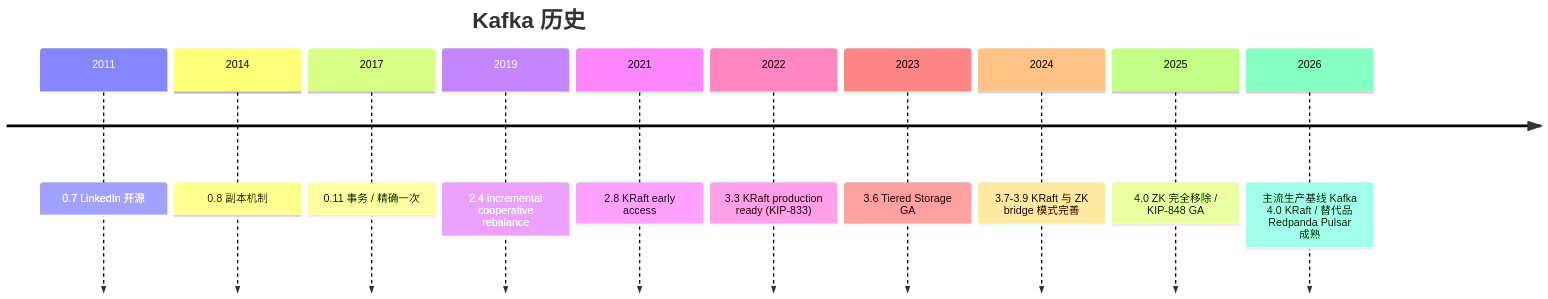
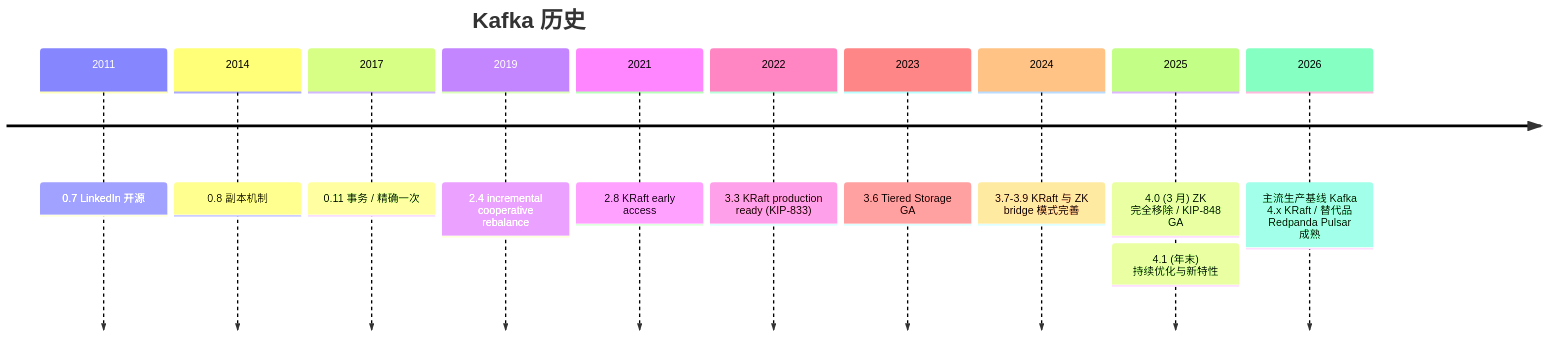
The eighth of 9 diagrams in kafka/ROADMAP.md (Kirby980/backend-handbook), drawn with Mermaid before and after one commit. The commit also changed 26 other files, not shown here.

````diff
--- a/kafka/ROADMAP.md
+++ b/kafka/ROADMAP.md
@@ -198,14 +198,15 @@
 ```mermaid
 timeline
     title Kafka 历史
     2011 : 0.7 LinkedIn 开源
     2014 : 0.8 副本机制
     2017 : 0.11 事务 / 精确一次
     2019 : 2.4 incremental cooperative rebalance
     2021 : 2.8 KRaft early access
     2022 : 3.3 KRaft production ready (KIP-833)
     2023 : 3.6 Tiered Storage GA
     2024 : 3.7-3.9 KRaft 与 ZK bridge 模式完善
-    2025 : 4.0 ZK 完全移除 / KIP-848 GA
-    2026 : 主流生产基线 Kafka 4.0 KRaft / 替代品 Redpanda Pulsar 成熟
+    2025 : 4.0 (3 月) ZK 完全移除 / KIP-848 GA
+         : 4.1 (年末) 持续优化与新特性
+    2026 : 主流生产基线 Kafka 4.x KRaft / 替代品 Redpanda Pulsar 成熟
 ```
````
